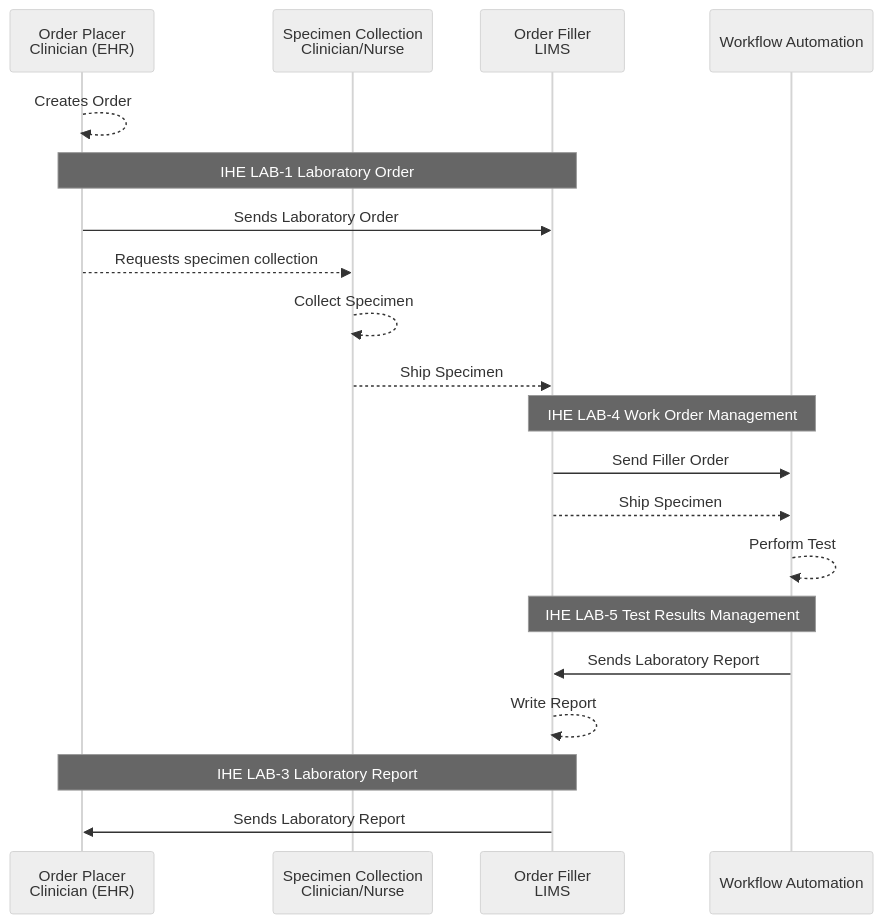
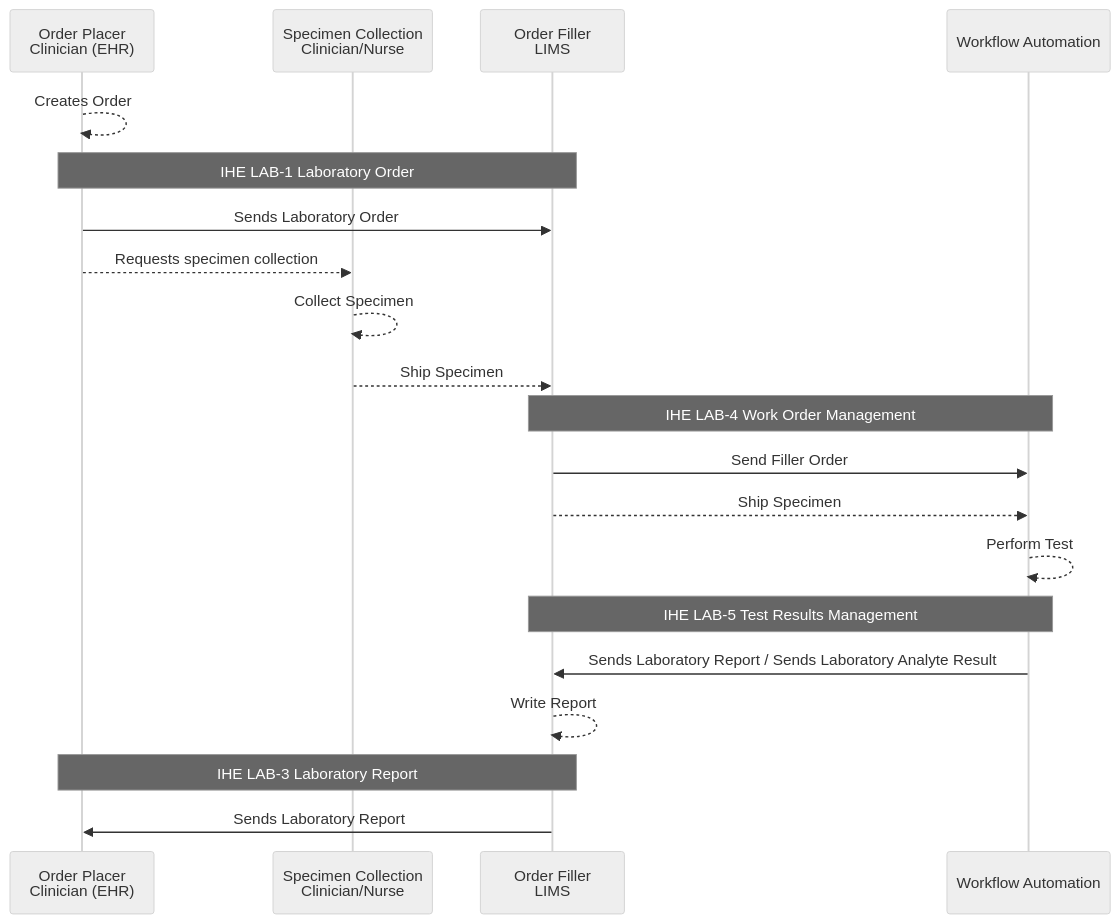
Before and after one commit to nw-gmsa/nw-gmsa.github.com: the eighth of 11 diagrams in input/pagecontent/LTW.md, drawn with Mermaid (neutral theme).

Commit message:
ILW and TLW documentation

````diff
--- a/input/pagecontent/LTW.md
+++ b/input/pagecontent/LTW.md
@@ -394,27 +394,27 @@
 ```mermaid
 sequenceDiagram
     participant clinician as Order Placer<br/>Clinician (EHR)
     participant nurse as Specimen Collection<br/>Clinician/Nurse
     participant LIMS as Order Filler<br/>LIMS 
     participant Sub as Workflow Automation
 
     clinician -->> clinician: Creates Order
     note over clinician,LIMS: IHE LAB-1 Laboratory Order
     clinician ->> LIMS: Sends Laboratory Order
     clinician -->> nurse: Requests specimen collection
     nurse -->> nurse: Collect Specimen
     nurse -->> LIMS: Ship Specimen
 
     note over LIMS,Sub: IHE LAB-4 Work Order Management
     LIMS ->> Sub: Send Filler Order
     LIMS -->> Sub: Ship Specimen
     Sub -->> Sub : Perform Test
 
     note over LIMS,Sub: IHE LAB-5 Test Results Management
-    Sub ->> LIMS: Sends Laboratory Report
+    Sub ->> LIMS: Sends Laboratory Report / Sends Laboratory Analyte Result
  
     LIMS -->> LIMS: Write Report
  
     note over clinician,LIMS: IHE LAB-3 Laboratory Report
     LIMS ->> clinician: Sends Laboratory Report
 ```
````
